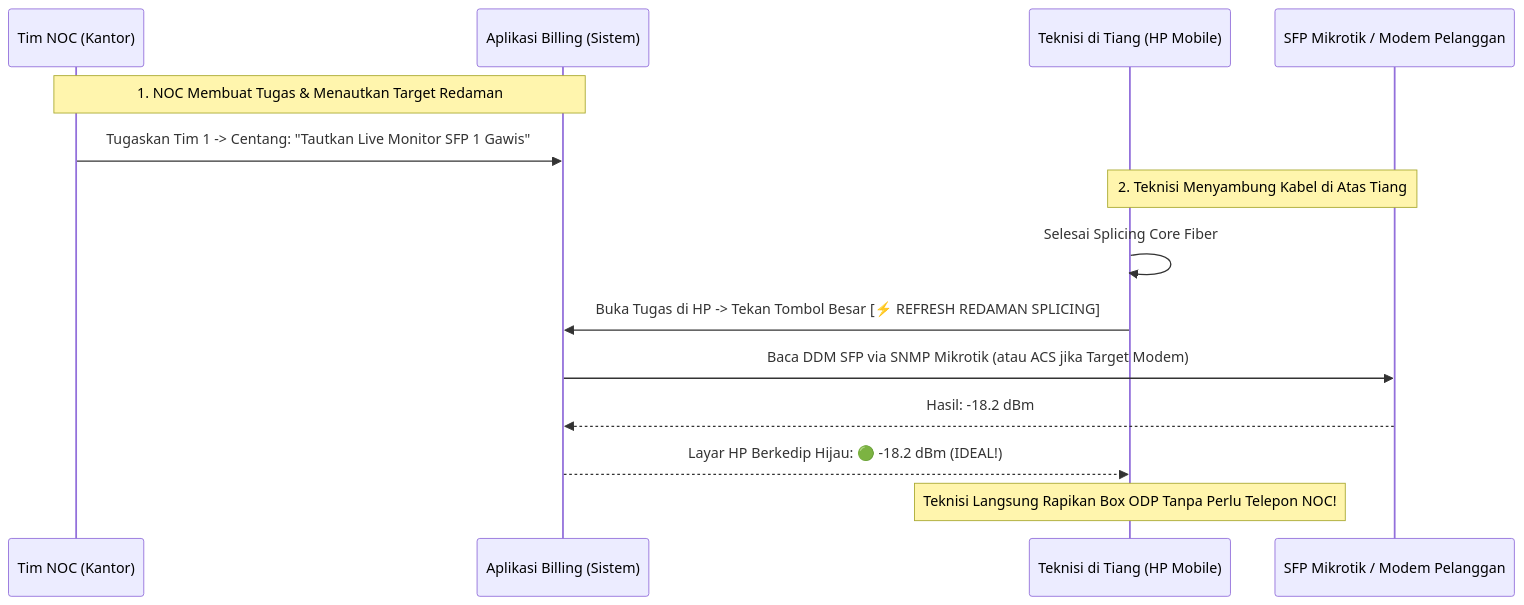
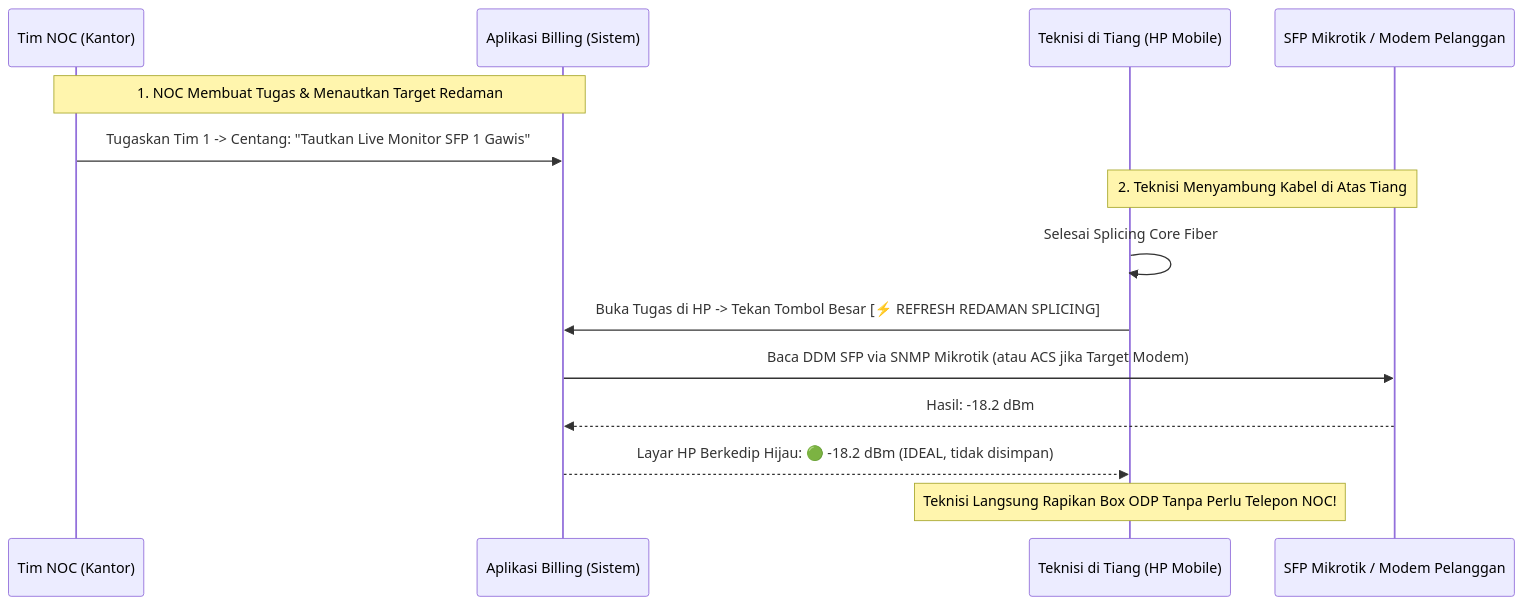
One commit to revroger007/billing-isp-v2 changed the eighth of 16 diagrams in docs/cara-kerja.md. Above: the diagram before and after it, drawn with Mermaid. The commit also changed other lines of this file and 2 other files, not shown here.

````diff
--- a/docs/cara-kerja.md
+++ b/docs/cara-kerja.md
@@ -805,19 +807,19 @@
 ```mermaid
 sequenceDiagram
     participant NOC as Tim NOC (Kantor)
     participant APP as Aplikasi Billing (Sistem)
     participant TEK as Teknisi di Tiang (HP Mobile)
     participant SFP as SFP Mikrotik / Modem Pelanggan
 
     Note over NOC,APP: 1. NOC Membuat Tugas & Menautkan Target Redaman
     NOC->>APP: Tugaskan Tim 1 -> Centang: "Tautkan Live Monitor SFP 1 Gawis"
     
     Note over TEK,SFP: 2. Teknisi Menyambung Kabel di Atas Tiang
     TEK->>TEK: Selesai Splicing Core Fiber
     TEK->>APP: Buka Tugas di HP -> Tekan Tombol Besar [⚡ REFRESH REDAMAN SPLICING]
     APP->>SFP: Baca DDM SFP via SNMP Mikrotik (atau ACS jika Target Modem)
     SFP-->>APP: Hasil: -18.2 dBm
-    APP-->>TEK: Layar HP Berkedip Hijau: 🟢 -18.2 dBm (IDEAL!)
+    APP-->>TEK: Layar HP Berkedip Hijau: 🟢 -18.2 dBm (IDEAL, tidak disimpan)
     
     Note over TEK: Teknisi Langsung Rapikan Box ODP Tanpa Perlu Telepon NOC!
 ```
````
